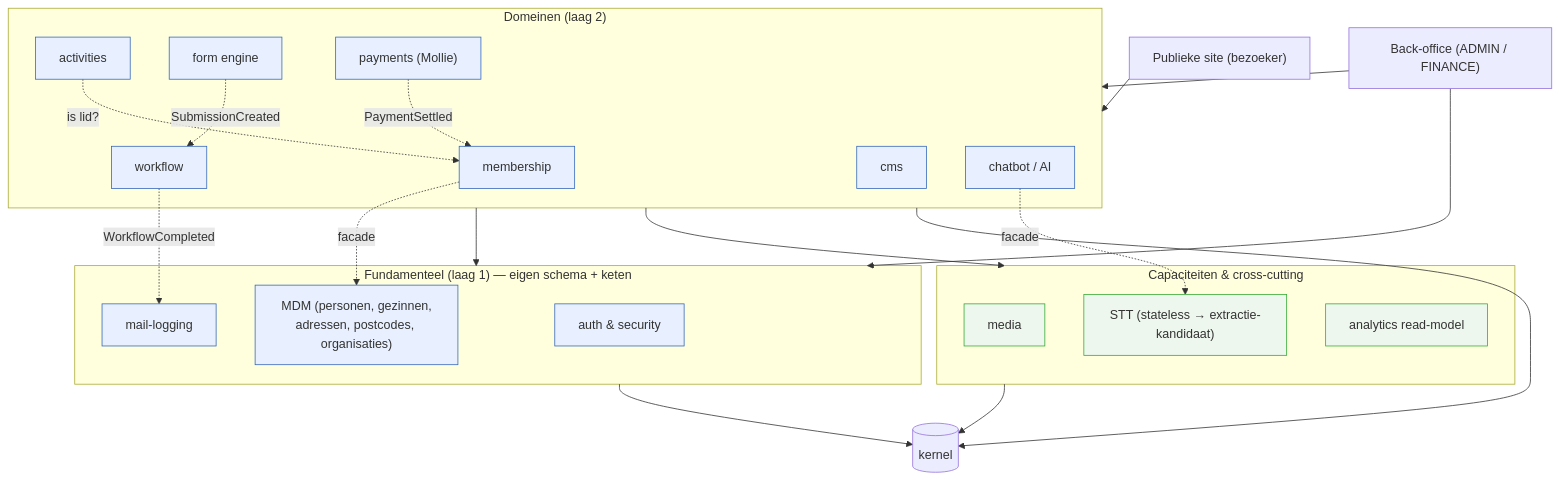
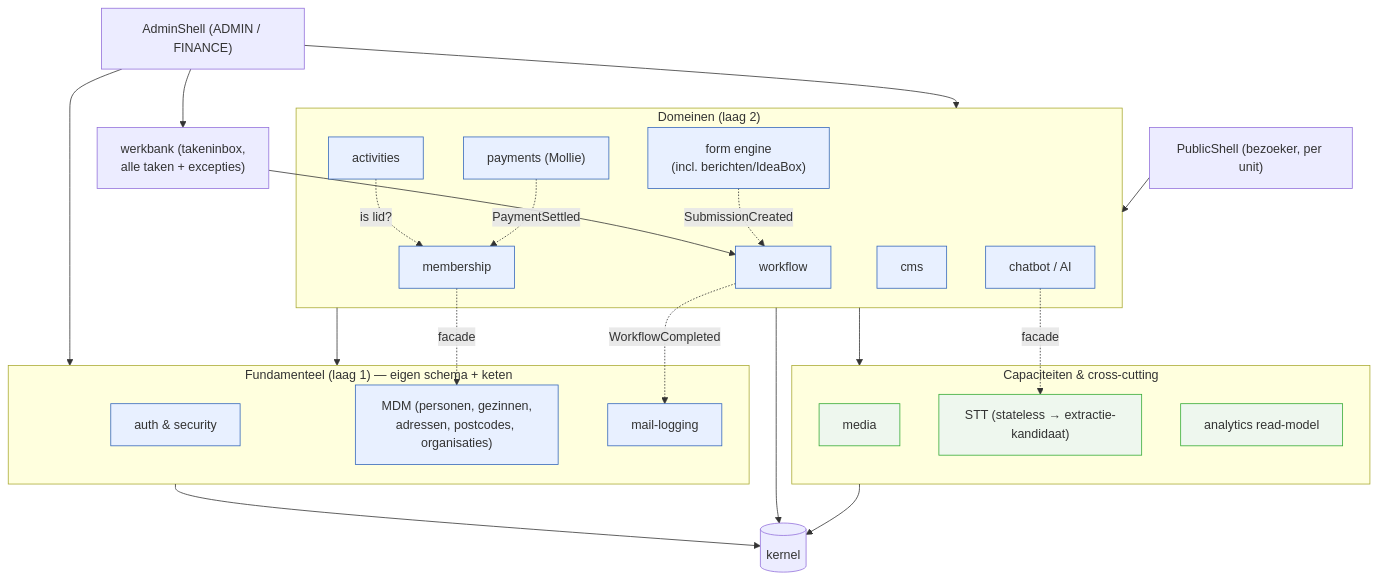
One commit to KoenRenders/KoenTest changed the first of 5 diagrams in docs/intermediate-architecture-upgrade-v1.md. Above: the diagram before and after it, drawn with Mermaid. The commit also changed other lines of this file, not shown here.

Commit message:
docs: componentenkaart + schermen-tabel bijgewerkt (shells, werkbank, berichten)
Claude-Session: https://claude.ai/code/session_01Dr1j65PfyzYrgY9XNWF9FP

````diff
--- a/docs/intermediate-architecture-upgrade-v1.md
+++ b/docs/intermediate-architecture-upgrade-v1.md
@@ -44,38 +44,40 @@
 ```mermaid
 flowchart TB
-  Public["Publieke site (bezoeker)"] --> D2
-  BO["Back-office (ADMIN / FINANCE)"] --> D2
+  Public["PublicShell (bezoeker, per unit)"] --> D2
+  BO["AdminShell (ADMIN / FINANCE)"] --> D2
   BO --> D1
+  BO --> WB["werkbank (takeninbox,<br/>alle taken + excepties)"]
+  WB --> WF
   subgraph D1["Fundamenteel (laag 1) — eigen schema + keten"]
     AUTH[auth & security]:::c
     MDM["MDM (personen, gezinnen,<br/>adressen, postcodes, organisaties)"]:::c
     MAIL[mail-logging]:::c
   end
   subgraph D2["Domeinen (laag 2)"]
     MEMBER[membership]:::c
     ACT[activities]:::c
-    FORM[form engine]:::c
+    FORM["form engine<br/>(incl. berichten/IdeaBox)"]:::c
     WF[workflow]:::c
     PAY["payments (Mollie)"]:::c
     CMS[cms]:::c
     CHAT[chatbot / AI]:::c
   end
   subgraph CAP["Capaciteiten & cross-cutting"]
     MEDIA[media]:::x
     STT["STT (stateless → extractie-kandidaat)"]:::x
     ANA[analytics read-model]:::x
   end
   D2 --> D1
   D2 --> CAP
   D1 --> Kernel[(kernel)]
   D2 --> Kernel
   CAP --> Kernel
   MEMBER -.->|facade| MDM
   ACT -.->|"is lid?"| MEMBER
   PAY -.->|PaymentSettled| MEMBER
   FORM -.->|SubmissionCreated| WF
   WF -.->|WorkflowCompleted| MAIL
   CHAT -.->|facade| STT
   classDef c fill:#e8f0ff,stroke:#36b;
   classDef x fill:#eef7ee,stroke:#3a3;
 ```
````
